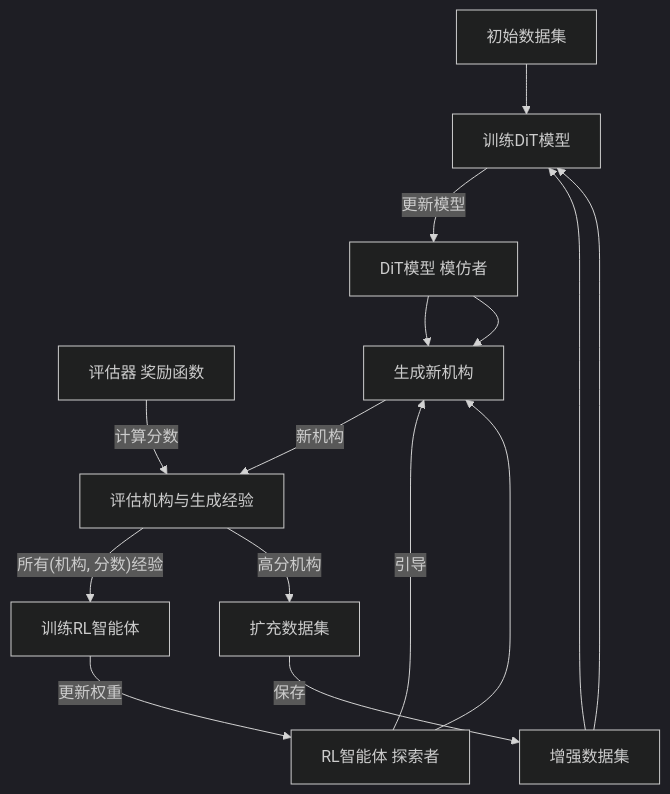
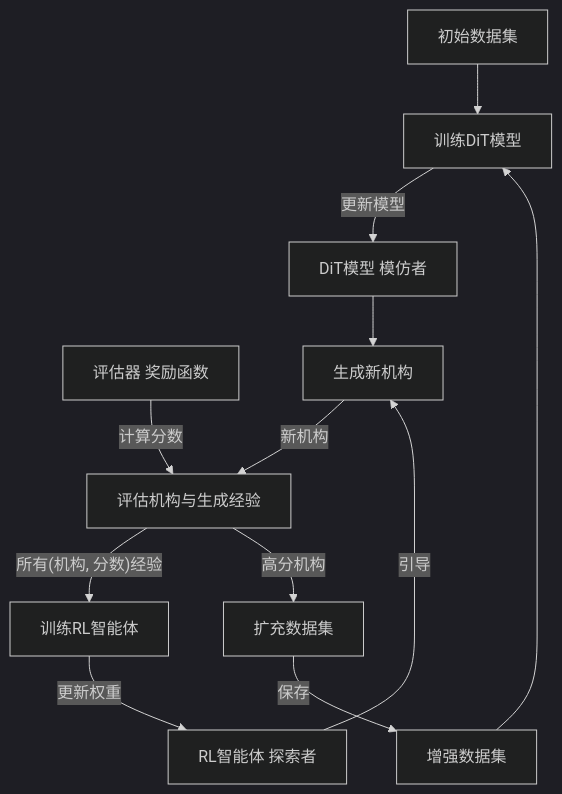
Before and after one commit to XZH12399/812lab-project: the diagram in GenRLMechSyn/Readme.md, drawn with Mermaid (dark theme).

````diff
--- a/GenRLMechSyn/Readme.md
+++ b/GenRLMechSyn/Readme.md
@@ -51,39 +51,34 @@
 ```mermaid
 graph TD
     %% 定义节点
     InitData[初始数据集]
     AugData[增强数据集]
     DiT[DiT模型 模仿者]
     RLA[RL智能体 探索者]
     Eval[评估器 奖励函数]
 
     TrainDiT[训练DiT模型]
     Generate[生成新机构]
     Evaluate[评估机构与生成经验]
     TrainRL[训练RL智能体]
     Augment[扩充数据集]
 
     %% 描述流程 (以数据流为主线)
     InitData --> TrainDiT
     AugData --> TrainDiT
 
     TrainDiT -->|"更新模型"| DiT
 
     DiT --> Generate
     RLA -->|"引导"| Generate
 
     Generate -->|"新机构"| Evaluate
 
     Eval -->|"计算分数"| Evaluate
 
     Evaluate -->|"所有(机构, 分数)经验"| TrainRL
     TrainRL -->|"更新权重"| RLA
 
     Evaluate -->|"高分机构"| Augment
     Augment -->|"保存"| AugData
-
-    %% 隐含循环: 更新后的模型和数据用于下一轮
-    DiT --> Generate
-    RLA --> Generate
-    AugData --> TrainDiT
 ```
````
